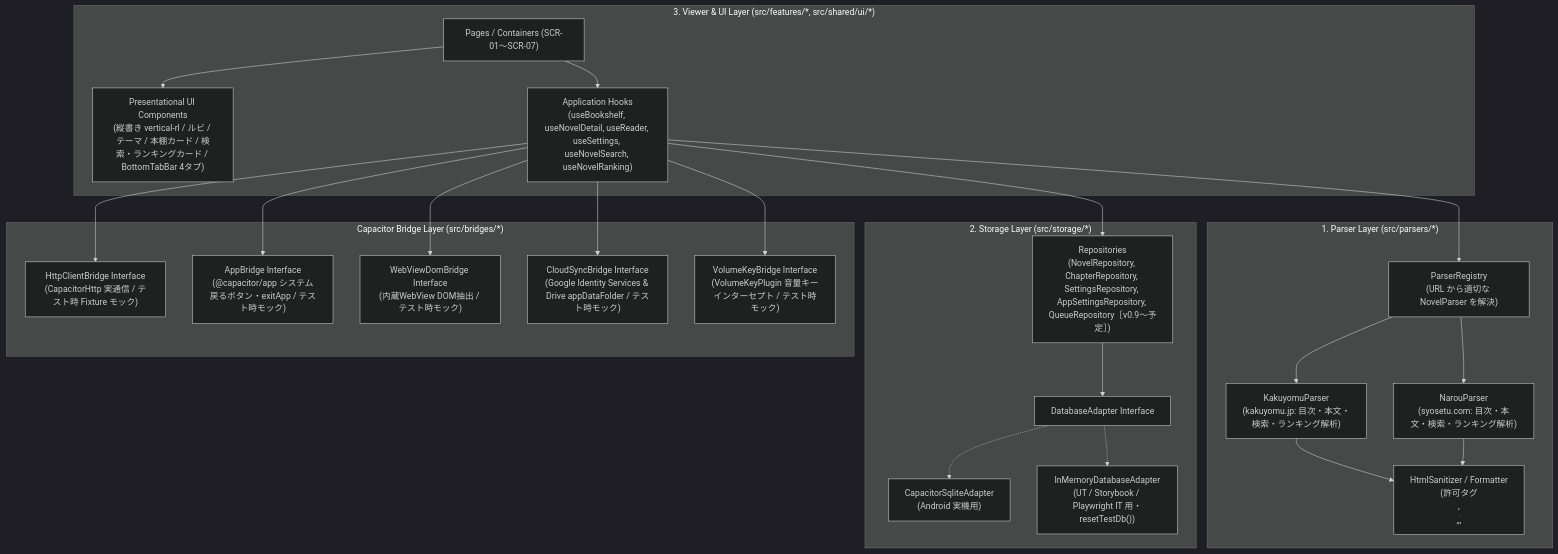
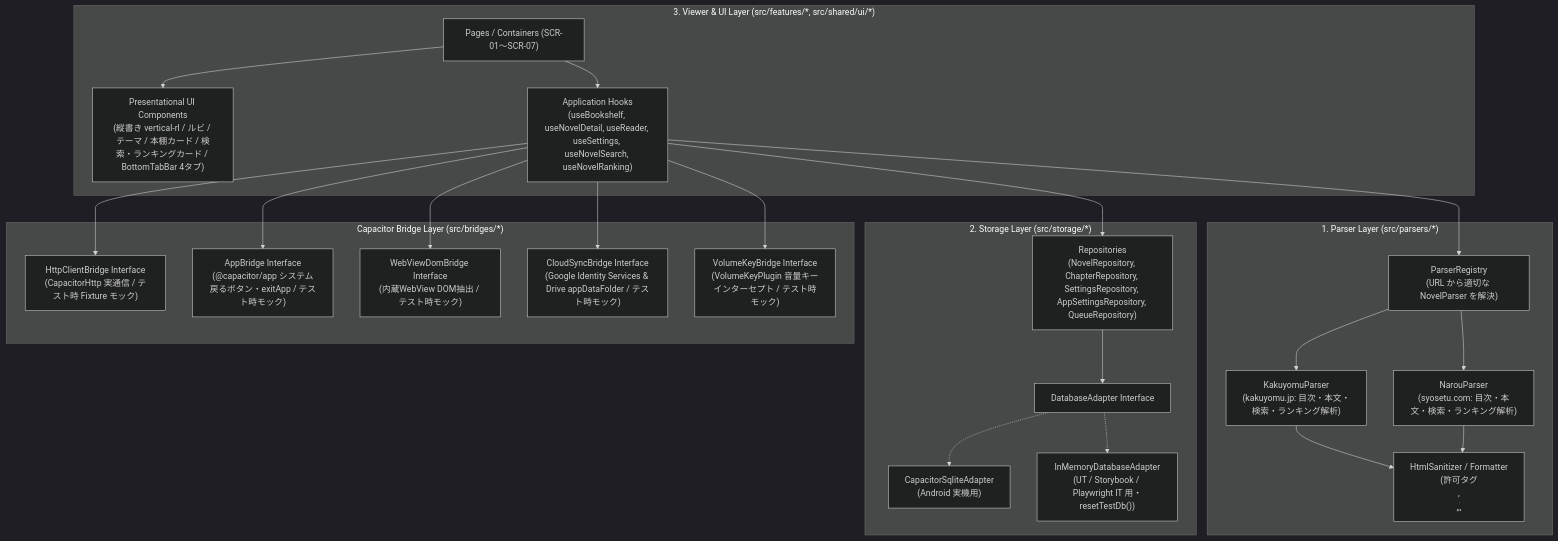
One commit to high-soar/Yommy changed the diagram in docs/specs/architecture.md. Above: the diagram before and after it, drawn with Mermaid (dark theme). The commit also changed other lines of this file and 8 other files, not shown here.

````diff
--- a/docs/specs/architecture.md
+++ b/docs/specs/architecture.md
@@ -125,47 +129,47 @@
 ```mermaid
 flowchart TB
     subgraph UILayer ["3. Viewer & UI Layer (src/features/*, src/shared/ui/*)"]
         Pages["Pages / Containers (SCR-01〜SCR-07)"]
         Components["Presentational UI Components<br>(縦書き vertical-rl / ルビ / テーマ / 本棚カード / 検索・ランキングカード / BottomTabBar 4タブ)"]
         Hooks["Application Hooks<br>(useBookshelf, useNovelDetail, useReader, useSettings, useNovelSearch, useNovelRanking)"]
         Pages --> Components
         Pages --> Hooks
     end
 
     subgraph ParserLayer ["1. Parser Layer (src/parsers/*)"]
         Registry["ParserRegistry<br>(URL から適切な NovelParser を解決)"]
         Kakuyomu["KakuyomuParser<br>(kakuyomu.jp: 目次・本文・検索・ランキング解析)"]
         Narou["NarouParser<br>(syosetu.com: 目次・本文・検索・ランキング解析)"]
         Sanitizer["HtmlSanitizer / Formatter<br>(許可タグ <p>,<br>,<ruby>,<rb>,<rt>,<rp>,<em> のみ保持)"]
         Registry --> Kakuyomu
         Registry --> Narou
         Kakuyomu --> Sanitizer
         Narou --> Sanitizer
     end
 
     subgraph StorageLayer ["2. Storage Layer (src/storage/*)"]
-        Repos["Repositories<br>(NovelRepository, ChapterRepository, SettingsRepository, AppSettingsRepository, QueueRepository［v0.9〜予定］)"]
+        Repos["Repositories<br>(NovelRepository, ChapterRepository, SettingsRepository, AppSettingsRepository, QueueRepository)"]
         DbAdapter["DatabaseAdapter Interface"]
         SqliteImpl["CapacitorSqliteAdapter<br>(Android 実機用)"]
         MemImpl["InMemoryDatabaseAdapter<br>(UT / Storybook / Playwright IT 用・resetTestDb())"]
         Repos --> DbAdapter
         DbAdapter -.-> SqliteImpl
         DbAdapter -.-> MemImpl
     end
 
     subgraph BridgeLayer ["Capacitor Bridge Layer (src/bridges/*)"]
         HttpBridge["HttpClientBridge Interface<br>(CapacitorHttp 実通信 / テスト時 Fixture モック)"]
         AppBridge["AppBridge Interface<br>(@capacitor/app システム戻るボタン・exitApp / テスト時モック)"]
         WebViewBridge["WebViewDomBridge Interface<br>(内蔵WebView DOM抽出 / テスト時モック)"]
         CloudSyncBridge["CloudSyncBridge Interface<br>(Google Identity Services & Drive appDataFolder / テスト時モック)"]
         VolumeKeyBridge["VolumeKeyBridge Interface<br>(VolumeKeyPlugin 音量キーインターセプト / テスト時モック)"]
     end
 
     Hooks --> Registry
     Hooks --> Repos
     Hooks --> HttpBridge
     Hooks --> AppBridge
     Hooks --> WebViewBridge
     Hooks --> CloudSyncBridge
     Hooks --> VolumeKeyBridge
 ```
````
